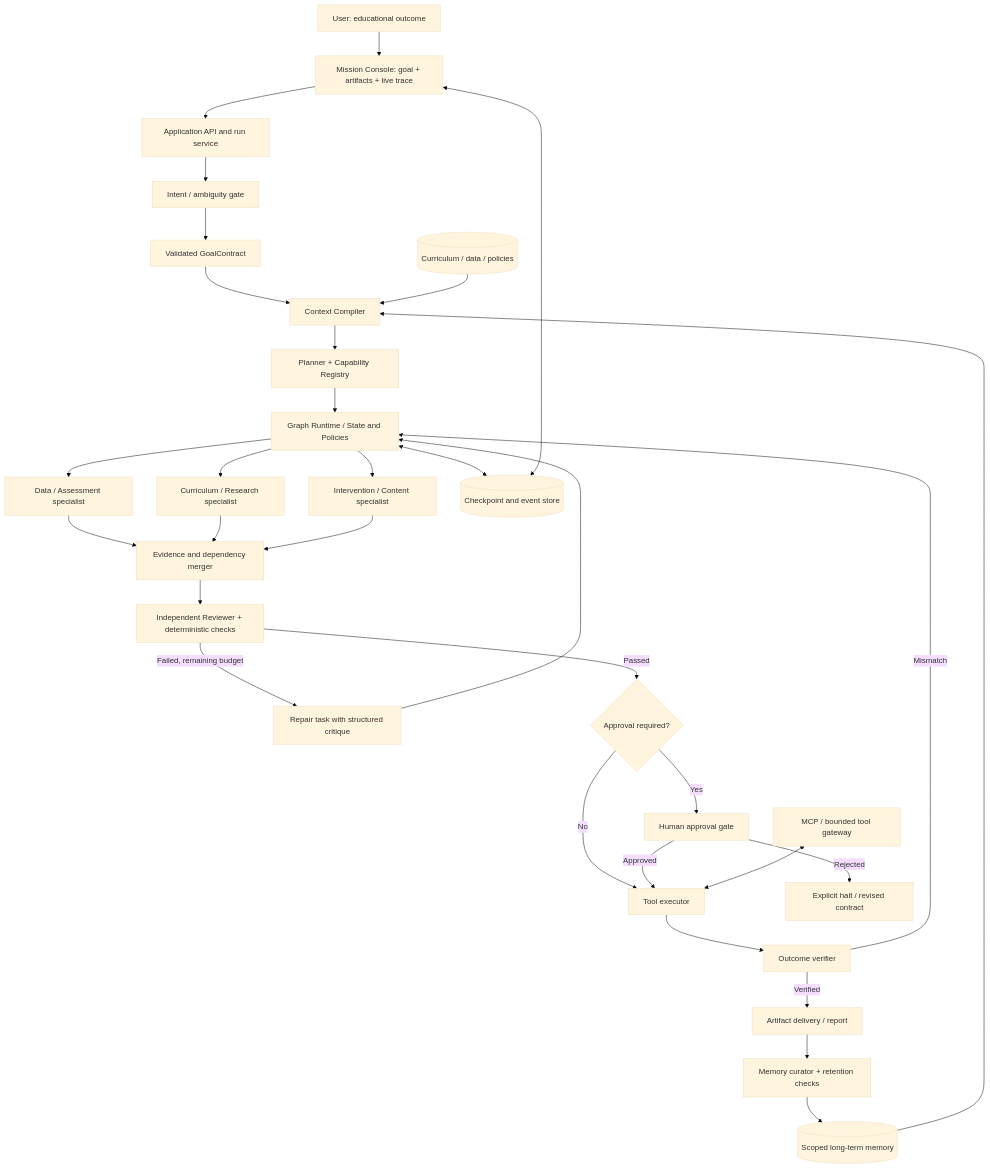
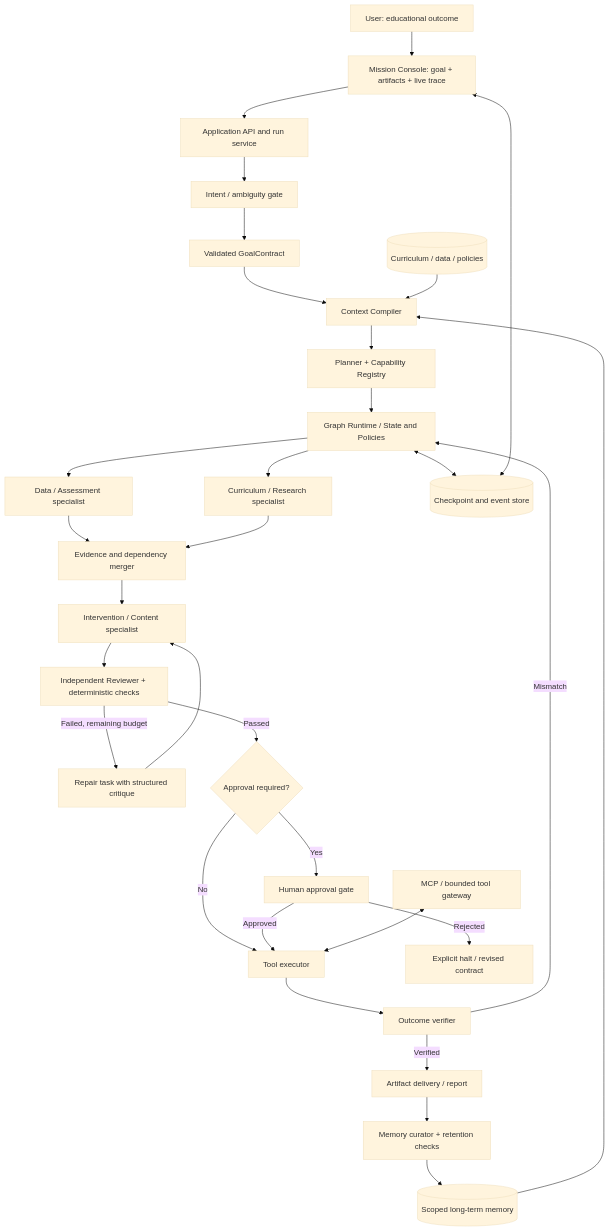
The diagram in docs/01-reference-architecture.md (LethaboMH14/T.A.C.E), drawn with Mermaid (base theme) before and after one commit.

Commit message:
docs: enforce evidence-before-design dependency in T.A.C.E graph

```diff
--- a/docs/01-reference-architecture.md
+++ b/docs/01-reference-architecture.md
@@ -12,34 +12,33 @@
 ~~~mermaid
 flowchart TD
  U[User: educational outcome] --> UI[Mission Console: goal + artifacts + live trace]
  UI --> API[Application API and run service]
  API --> I[Intent / ambiguity gate]
  I --> C[Validated GoalContract]
  C --> X[Context Compiler]
  X --> P[Planner + Capability Registry]
  P --> G[Graph Runtime / State and Policies]
  G --> W1[Data / Assessment specialist]
  G --> W2[Curriculum / Research specialist]
- G --> W3[Intervention / Content specialist]
  W1 --> M[Evidence and dependency merger]
  W2 --> M
- W3 --> M
- M --> V[Independent Reviewer + deterministic checks]
+ M --> W3[Intervention / Content specialist]
+ W3 --> V[Independent Reviewer + deterministic checks]
  V -->|Failed, remaining budget| R[Repair task with structured critique]
- R --> G
+ R --> W3
  V -->|Passed| A{Approval required?}
  A -->|Yes| H[Human approval gate]
  A -->|No| E[Tool executor]
  H -->|Approved| E
  H -->|Rejected| END[Explicit halt / revised contract]
  E --> O[Outcome verifier]
  O -->|Mismatch| G
  O -->|Verified| D[Artifact delivery / report]
  D --> Q[Memory curator + retention checks]
  Q --> DB[(Scoped long-term memory)]
  SRC[(Curriculum / data / policies)] --> X
  DB --> X
  T[MCP / bounded tool gateway] <--> E
  G <--> CHK[(Checkpoint and event store)]
  UI <--> CHK
 ~~~
```
